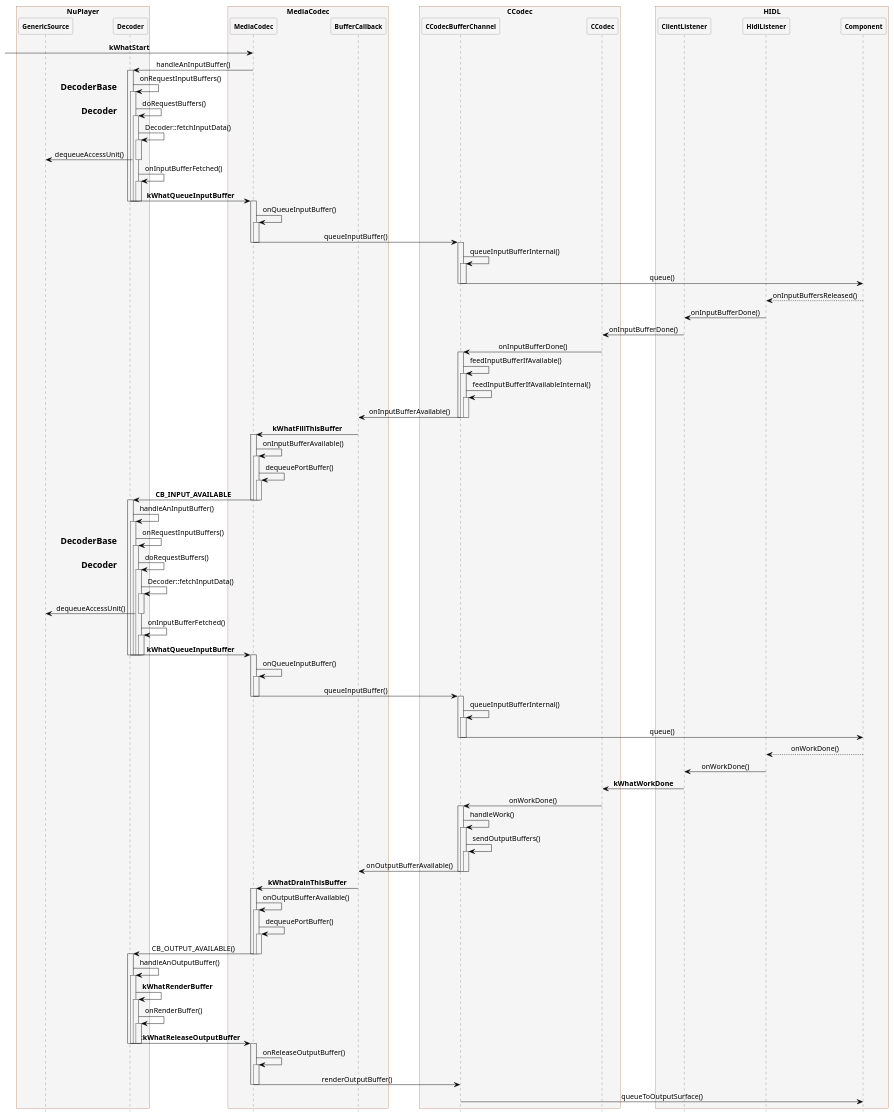
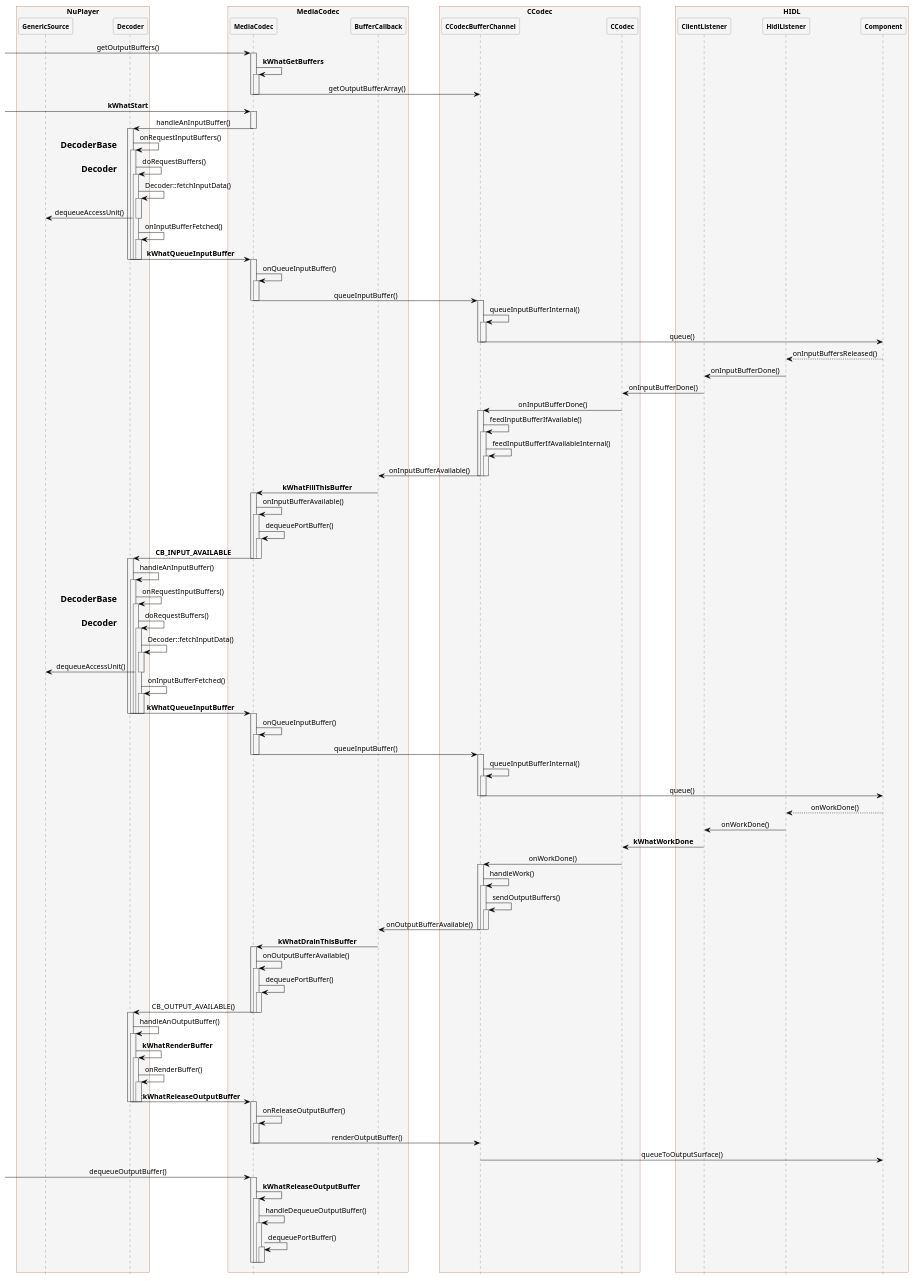
The diagram in MediaCodec.puml (liyangzmx/liyangzmx.github.io), drawn with PlantUML before and after one commit. The commit also changed 3 other files, not shown here.

```diff
--- a/MediaCodec.puml
+++ b/MediaCodec.puml
@@ -60,6 +60,10 @@
 box CCodec
 participant CCodecBufferChannel
 participant CCodec
+' participant FlexOutputBuffers
+' participant OutputBuffersArray
+' participant BuffersArrayImpl
+' participant DummyContainerBuffer
 end box
 
 box HIDL
@@ -68,8 +72,22 @@
 participant Component
 end box
 
+->MediaCodec:getOutputBuffers()
+activate MediaCodec
+MediaCodec->MediaCodec:**kWhatGetBuffers**
+activate MediaCodec
+MediaCodec->CCodecBufferChannel:getOutputBufferArray()
+deactivate MediaCodec
+deactivate MediaCodec
+' CCodecBufferChannel->FlexOutputBuffers:toArrayMode()
+' FlexOutputBuffers->OutputBuffersArray:initialize()
+' OutputBuffersArray->BuffersArrayImpl:initialize()
+' BuffersArrayImpl-->DummyContainerBuffer:NEW
+
 ->MediaCodec:**kWhatStart**
+activate MediaCodec
 MediaCodec->Decoder:handleAnInputBuffer()
+deactivate MediaCodec
 activate Decoder
 Decoder->Decoder:onRequestInputBuffers()
 note left:**DecoderBase**
@@ -207,4 +225,24 @@
 deactivate MediaCodec
 CCodecBufferChannel->Component:queueToOutputSurface()
 
+->MediaCodec:dequeueOutputBuffer()
+activate MediaCodec
+MediaCodec->MediaCodec:**kWhatReleaseOutputBuffer**
+activate MediaCodec
+MediaCodec->MediaCodec:handleDequeueOutputBuffer()
+activate MediaCodec
+MediaCodec->MediaCodec:dequeuePortBuffer()
+activate MediaCodec
+deactivate MediaCodec
+deactivate MediaCodec
+deactivate MediaCodec
+deactivate MediaCodec
+
+' ->MediaCodec:getOutputBuffer()
+' activate MediaCodec
+' MediaCodec->MediaCodec:getBufferAndFormat()
+' activate MediaCodec
+' deactivate MediaCodec
+' deactivate MediaCodec
+
 @enduml
```
